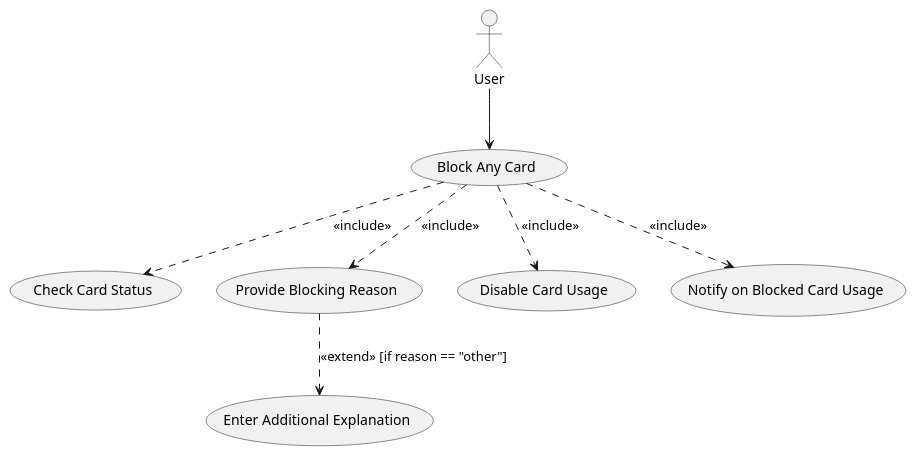
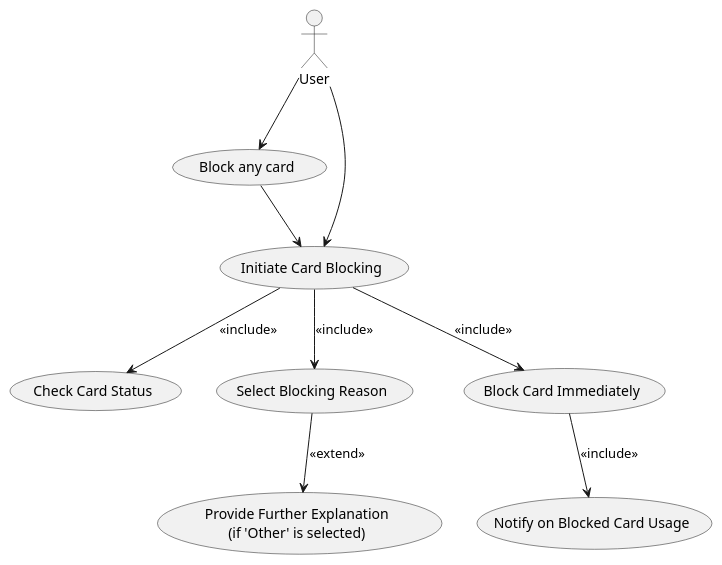
One commit to RayWP/pfsa-id changed the diagram in survey-ud/gen-r-ent-o3-mini/R26_BlockCard_class_diagram.puml. Above: the diagram before and after it, drawn with PlantUML. The commit also changed 7 other files, not shown here.

```diff
--- a/survey-ud/gen-r-ent-o3-mini/R26_BlockCard_class_diagram.puml
+++ b/survey-ud/gen-r-ent-o3-mini/R26_BlockCard_class_diagram.puml
@@ -1,22 +1,27 @@
 @startuml
-actor User
+actor "User" as user
 
-' Main use case representing the complete process for blocking a card
-(User) --> (Block Any Card)
+usecase "Block any card" as BlockAnyCard
+usecase "Initiate Card Blocking" as InitiateBlocking
+usecase "Check Card Status" as CheckStatus
+usecase "Select Blocking Reason" as SelectReason
+usecase "Provide Further Explanation\n(if 'Other' is selected)" as ProvideExplanation
+usecase "Block Card Immediately" as BlockImmediately
+usecase "Notify on Blocked Card Usage" as NotifyUsage
 
-' Include: Before blocking, the system must verify the card can be blocked.
-(Block Any Card) ..> (Check Card Status) : <<include>>
+' Relationships from the actor
+user --> BlockAnyCard
+user --> InitiateBlocking
 
-' Include: The user must provide a reason for blocking the card.
-(Block Any Card) ..> (Provide Blocking Reason) : <<include>>
+' Relationship between use cases
+BlockAnyCard --> InitiateBlocking
 
-' Extend: If the user selects "other," provide additional explanation.
-(Provide Blocking Reason) ..> (Enter Additional Explanation) : <<extend>> [if reason == "other"]
+InitiateBlocking --> CheckStatus : <<include>>
+InitiateBlocking --> SelectReason : <<include>>
+InitiateBlocking --> BlockImmediately : <<include>>
 
-' Include: Once validated, the system will disable the card immediately.
-(Block Any Card) ..> (Disable Card Usage) : <<include>>
+SelectReason --> ProvideExplanation : <<extend>>
 
-' Additional optional use case: if a blocked card is used, notify banking staff.
-(Block Any Card) ..> (Notify on Blocked Card Usage) : <<include>>
+BlockImmediately --> NotifyUsage : <<include>>
 
 @enduml
```
